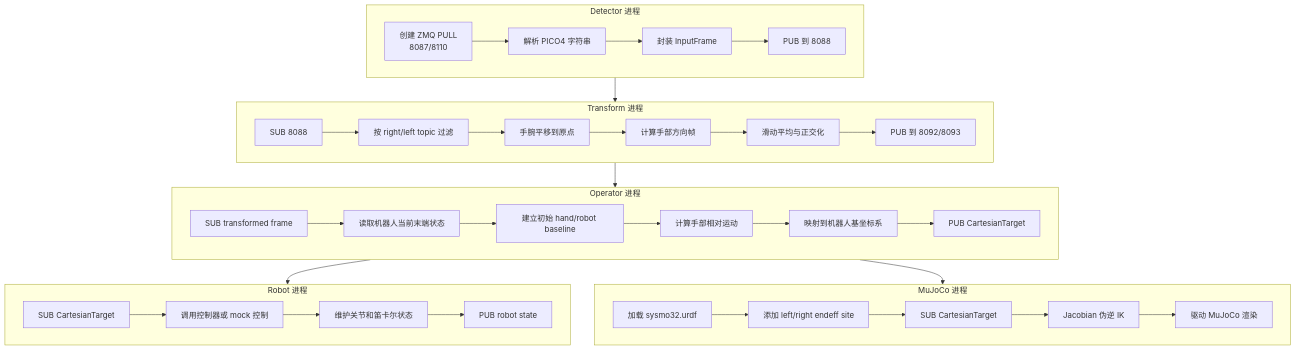
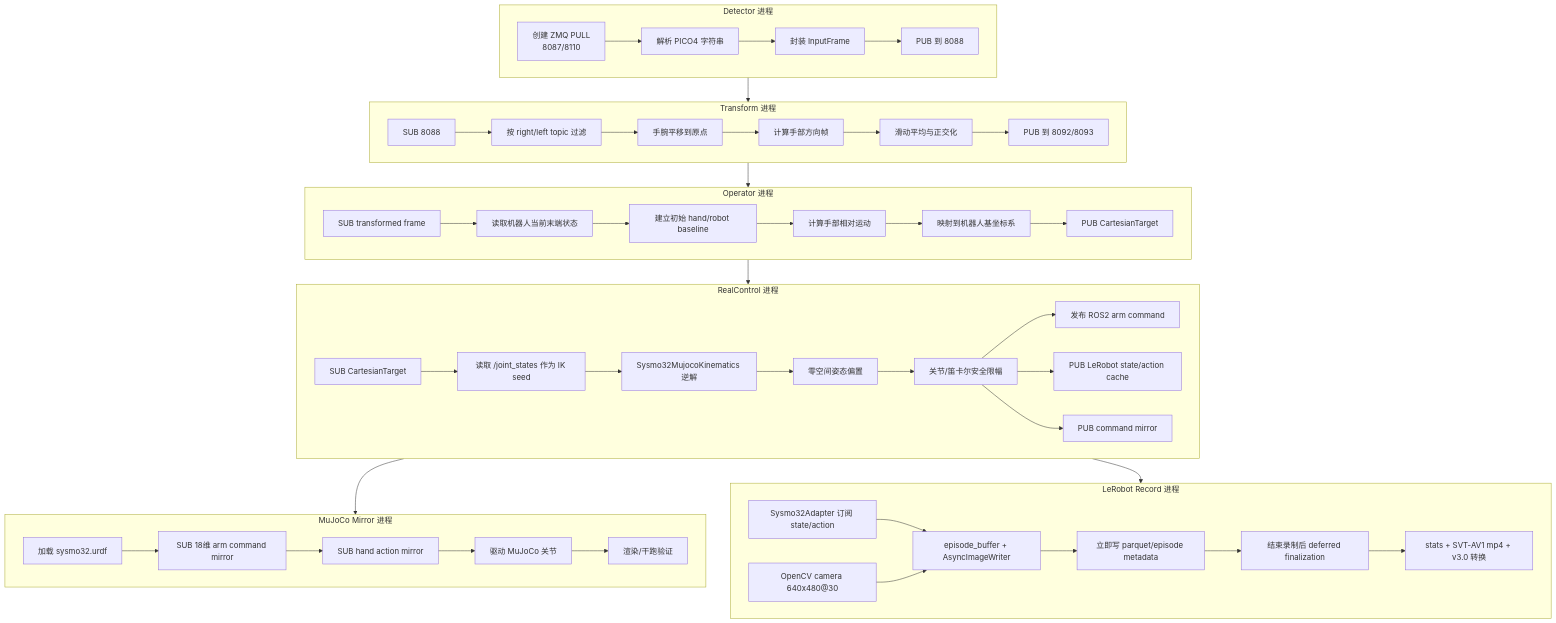
Before and after one commit to ROS-LiKunwei/VRTeleoperation: the fifth of 5 diagrams in beavr-bot/docs/beavr_bot_mindmap.md, drawn with Mermaid. The commit also changed other lines of this file and 5 other files, not shown here.

````diff
--- a/beavr-bot/docs/beavr_bot_mindmap.md
+++ b/beavr-bot/docs/beavr_bot_mindmap.md
@@ -208,51 +251,69 @@
 ```mermaid
 flowchart TB
   subgraph DetectorProc[Detector 进程]
     D1[创建 ZMQ PULL<br/>8087/8110]
     D2[解析 PICO4 字符串]
     D3[封装 InputFrame]
     D4[PUB 到 8088]
     D1 --> D2 --> D3 --> D4
   end
 
   subgraph TransformProc[Transform 进程]
     T1[SUB 8088]
     T2[按 right/left topic 过滤]
     T3[手腕平移到原点]
     T4[计算手部方向帧]
     T5[滑动平均与正交化]
     T6[PUB 到 8092/8093]
     T1 --> T2 --> T3 --> T4 --> T5 --> T6
   end
 
   subgraph OperatorProc[Operator 进程]
     O1[SUB transformed frame]
     O2[读取机器人当前末端状态]
     O3[建立初始 hand/robot baseline]
     O4[计算手部相对运动]
     O5[映射到机器人基坐标系]
     O6[PUB CartesianTarget]
     O1 --> O2 --> O3 --> O4 --> O5 --> O6
   end
 
-  subgraph RobotProc[Robot 进程]
+  subgraph RobotProc[RealControl 进程]
     R1[SUB CartesianTarget]
-    R2[调用控制器或 mock 控制]
-    R3[维护关节和笛卡尔状态]
-    R4[PUB robot state]
-    R1 --> R2 --> R3 --> R4
+    R2[读取 /joint_states 作为 IK seed]
+    R3[Sysmo32MujocoKinematics 逆解]
+    R4[零空间姿态偏置]
+    R5[关节/笛卡尔安全限幅]
+    R6[发布 ROS2 arm command]
+    R7[PUB LeRobot state/action cache]
+    R8[PUB command mirror]
+    R1 --> R2 --> R3 --> R4 --> R5 --> R6
+    R5 --> R7
+    R5 --> R8
   end
 
-  subgraph SimProc[MuJoCo 进程]
+  subgraph MirrorProc[MuJoCo Mirror 进程]
     S1[加载 sysmo32.urdf]
-    S2[添加 left/right endeff site]
-    S3[SUB CartesianTarget]
-    S4[Jacobian 伪逆 IK]
-    S5[驱动 MuJoCo 渲染]
+    S2[SUB 18维 arm command mirror]
+    S3[SUB hand action mirror]
+    S4[驱动 MuJoCo 关节]
+    S5[渲染/干跑验证]
     S1 --> S2 --> S3 --> S4 --> S5
+  end
+
+  subgraph RecordProc[LeRobot Record 进程]
+    L1[Sysmo32Adapter 订阅 state/action]
+    L2[OpenCV camera 640x480@30]
+    L3[episode_buffer + AsyncImageWriter]
+    L4[立即写 parquet/episode metadata]
+    L5[结束录制后 deferred finalization]
+    L6[stats + SVT-AV1 mp4 + v3.0 转换]
+    L1 --> L3
+    L2 --> L3 --> L4 --> L5 --> L6
   end
 
   DetectorProc --> TransformProc --> OperatorProc
   OperatorProc --> RobotProc
-  OperatorProc --> SimProc
+  RobotProc --> MirrorProc
+  RobotProc --> RecordProc
 ```
````
